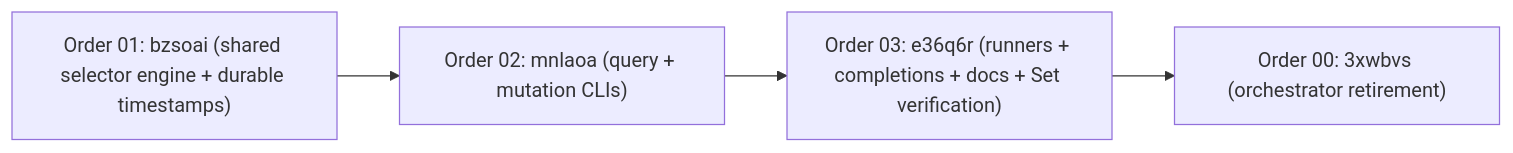
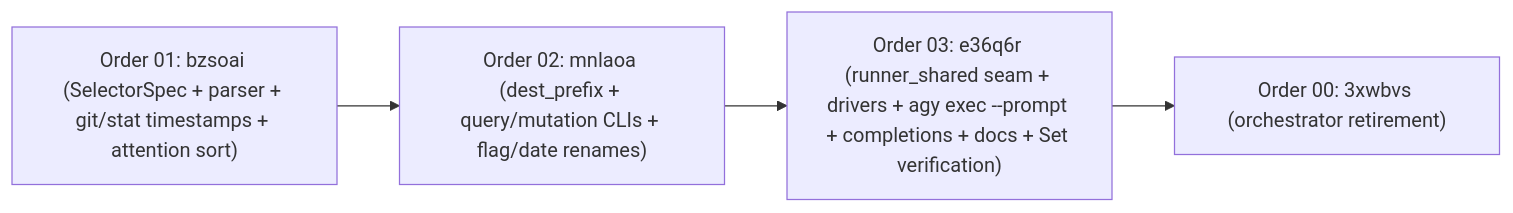
Before and after one commit to fariello/agent-workflows: the diagram in .aw/records/plans/pending/20261122-selectors-00-3xwbvs-orchestrate-normalized-artifact-selector-flags-across-all-aw.ipd.md, drawn with Mermaid. The commit also changed other lines of this file and 1 other file, not shown here.

````diff
--- a/.aw/records/plans/pending/20261122-selectors-00-3xwbvs-orchestrate-normalized-artifact-selector-flags-across-all-aw.ipd.md
+++ b/.aw/records/plans/pending/20261122-selectors-00-3xwbvs-orchestrate-normalized-artifact-selector-flags-across-all-aw.ipd.md
@@ -36,6 +41,6 @@
 ```mermaid
 flowchart LR
-    B01["Order 01: bzsoai (shared selector engine + durable timestamps)"] --> B02["Order 02: mnlaoa (query + mutation CLIs)"]
-    B02 --> B03["Order 03: e36q6r (runners + completions + docs + Set verification)"]
+    B01["Order 01: bzsoai (SelectorSpec + parser + git/stat timestamps + attention sort)"] --> B02["Order 02: mnlaoa (dest_prefix + query/mutation CLIs + flag/date renames)"]
+    B02 --> B03["Order 03: e36q6r (runner_shared seam + drivers + agy exec --prompt + completions + docs + Set verification)"]
     B03 --> O00["Order 00: 3xwbvs (orchestrator retirement)"]
 ```
````
